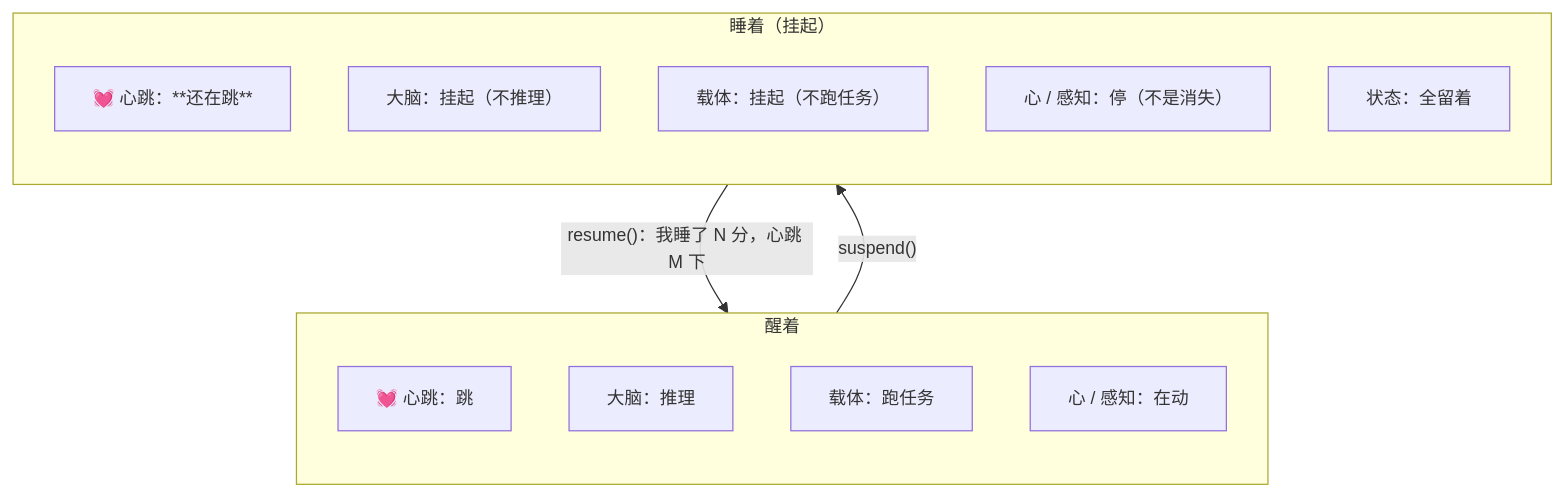
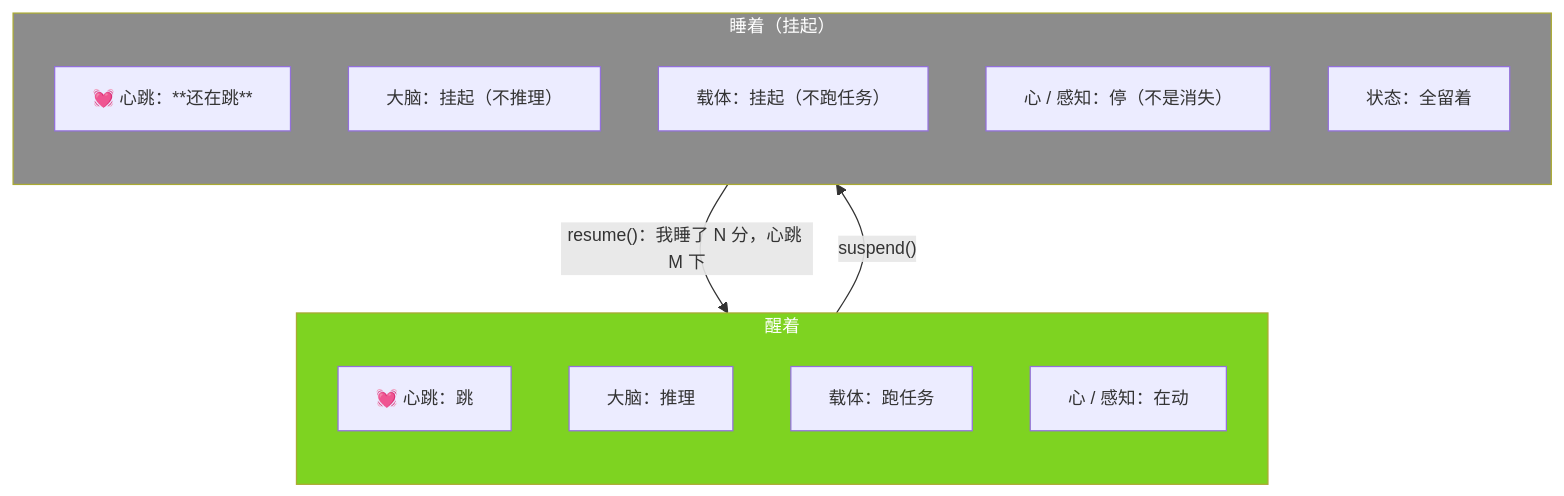
One commit to jiangchuangege/xiaojiao-harnees changed the diagram in docs/heartbeat.md. Above: the diagram before and after it, drawn with Mermaid. The commit also changed 32 other files, not shown here.

Commit message:
统一：全仓原理图配色到一套调色板 + 给 12 张灰图补色 + 修正自己会睡那张过期图

````diff
--- a/docs/heartbeat.md
+++ b/docs/heartbeat.md
@@ -37,21 +37,24 @@
 ```mermaid
 %%{init: {"themeVariables": {"fontSize": "14px"}, "flowchart": {"htmlLabels": true, "wrappingWidth": 340, "nodeSpacing": 46, "rankSpacing": 60, "useMaxWidth": true}}}%%
 flowchart TB
     subgraph AWAKE["醒着"]
         direction TB
         H1["💓 心跳：跳"]
         B1["大脑：推理"]
         C1["载体：跑任务"]
         P1["心 / 感知：在动"]
     end
     subgraph ASLEEP["睡着（挂起）"]
         direction TB
         H2["💓 心跳：**还在跳**"]
         B2["大脑：挂起（不推理）"]
         C2["载体：挂起（不跑任务）"]
         P2["心 / 感知：停（不是消失）"]
         S2["状态：全留着"]
     end
     AWAKE -->|"suspend()"| ASLEEP
     ASLEEP -->|"resume()：我睡了 N 分，心跳 M 下"| AWAKE
+    style AWAKE fill:#7ED321,color:#fff
+    style ASLEEP fill:#8C8C8C,color:#fff
+
 ```
````
